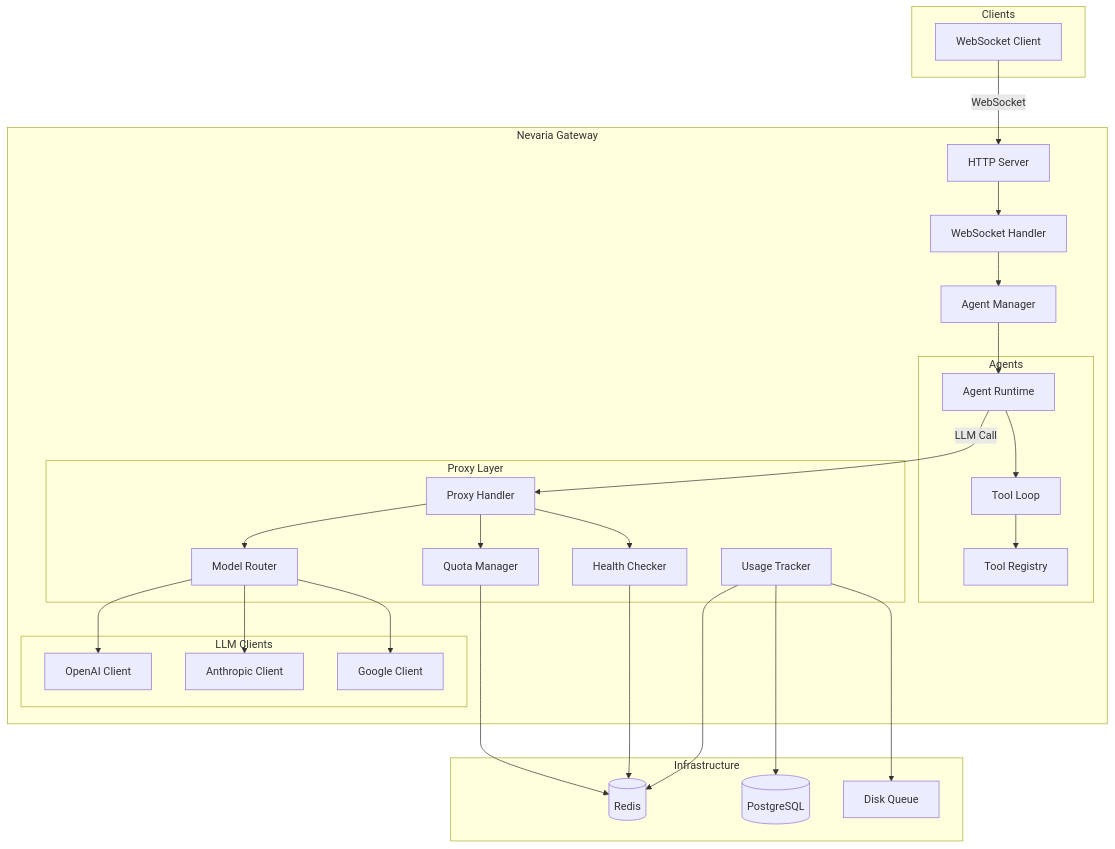
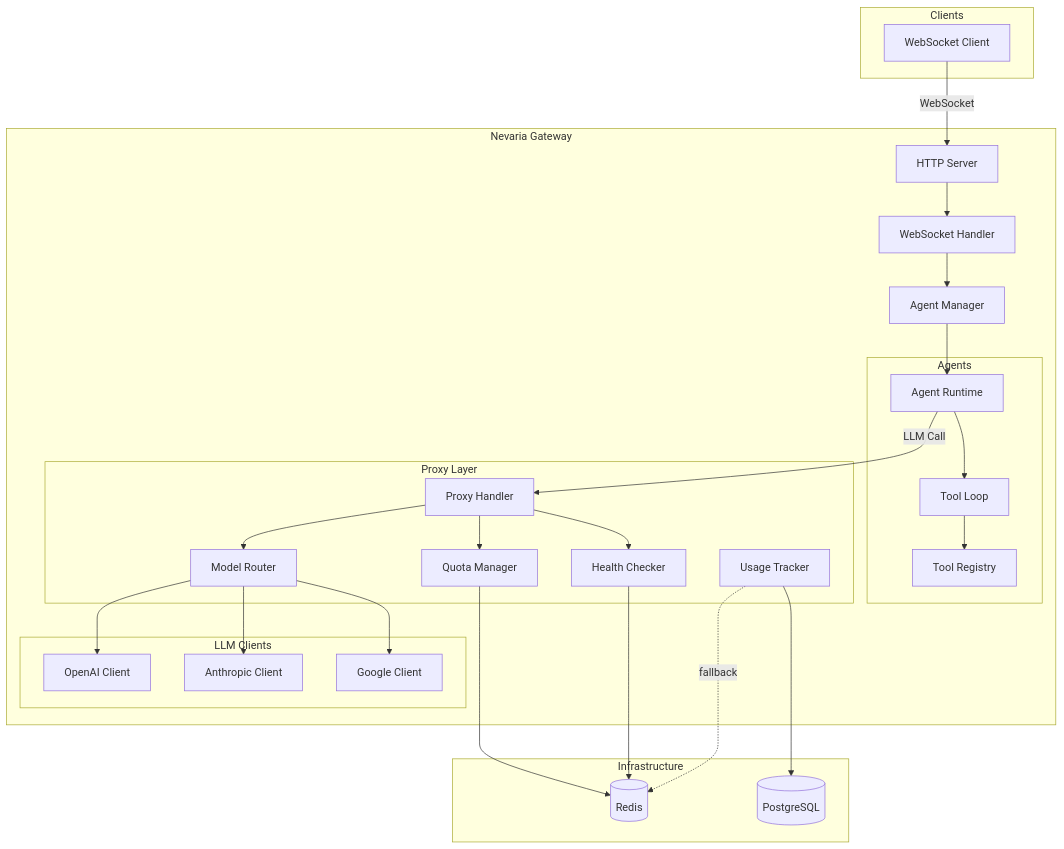
The first of 2 diagrams in docs/README.md (radch-ai/ava), drawn with Mermaid before and after one commit. The commit also changed other lines of this file and 4 other files, not shown here.

First line of the commit message:
refactor(usage): remove disk queue fallback

````diff
--- a/docs/README.md
+++ b/docs/README.md
@@ -7,60 +7,58 @@
 ```mermaid
 flowchart TB
     subgraph Clients
         WS[WebSocket Client]
     end
 
     subgraph Gateway["Nevaria Gateway"]
         HTTP[HTTP Server]
         WSHandler[WebSocket Handler]
         AgentMgr[Agent Manager]
 
         subgraph Agents
             AgentRuntime[Agent Runtime]
             AgentLoop[Tool Loop]
             ToolReg[Tool Registry]
         end
 
         subgraph Proxy["Proxy Layer"]
             ProxyHandler[Proxy Handler]
             Router[Model Router]
             Health[Health Checker]
             Quota[Quota Manager]
             Usage[Usage Tracker]
         end
 
         subgraph LLM["LLM Clients"]
             OpenAI[OpenAI Client]
             Anthropic[Anthropic Client]
             Google[Google Client]
         end
     end
 
     subgraph Infrastructure
         Redis[(Redis)]
         DB[(PostgreSQL)]
-        Disk[Disk Queue]
     end
 
     WS -->|WebSocket| HTTP
     HTTP --> WSHandler
     WSHandler --> AgentMgr
     AgentMgr --> AgentRuntime
     AgentRuntime --> AgentLoop
     AgentLoop --> ToolReg
 
     AgentRuntime -->|LLM Call| ProxyHandler
     ProxyHandler --> Router
     ProxyHandler --> Health
     ProxyHandler --> Quota
 
     Router --> OpenAI
     Router --> Anthropic
     Router --> Google
 
     Quota ---> Redis
     Health ---> Redis
     Usage ---> DB
-    Usage ---> Redis
-    Usage ---> Disk
+    Usage -.->|fallback| Redis
 ```
````
